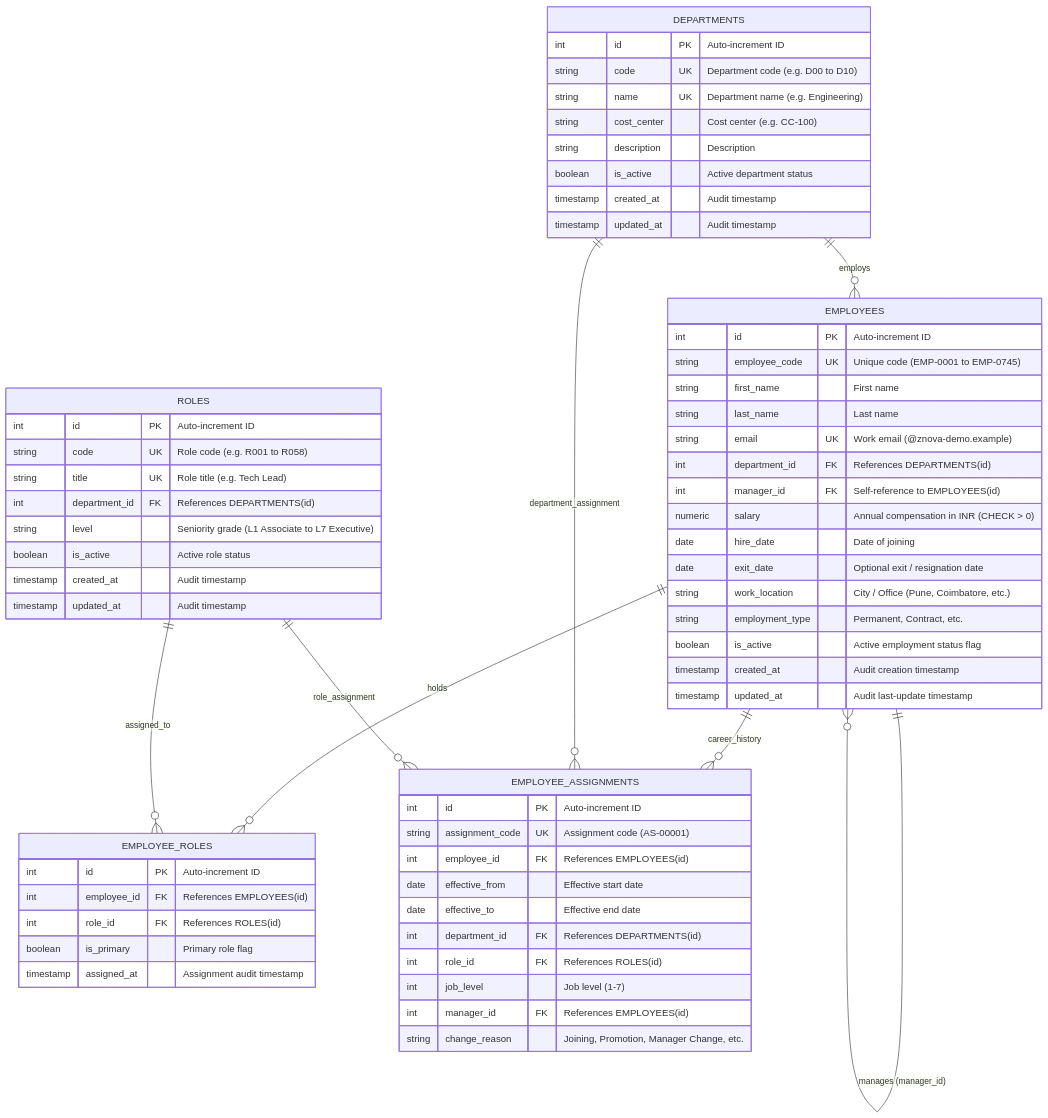
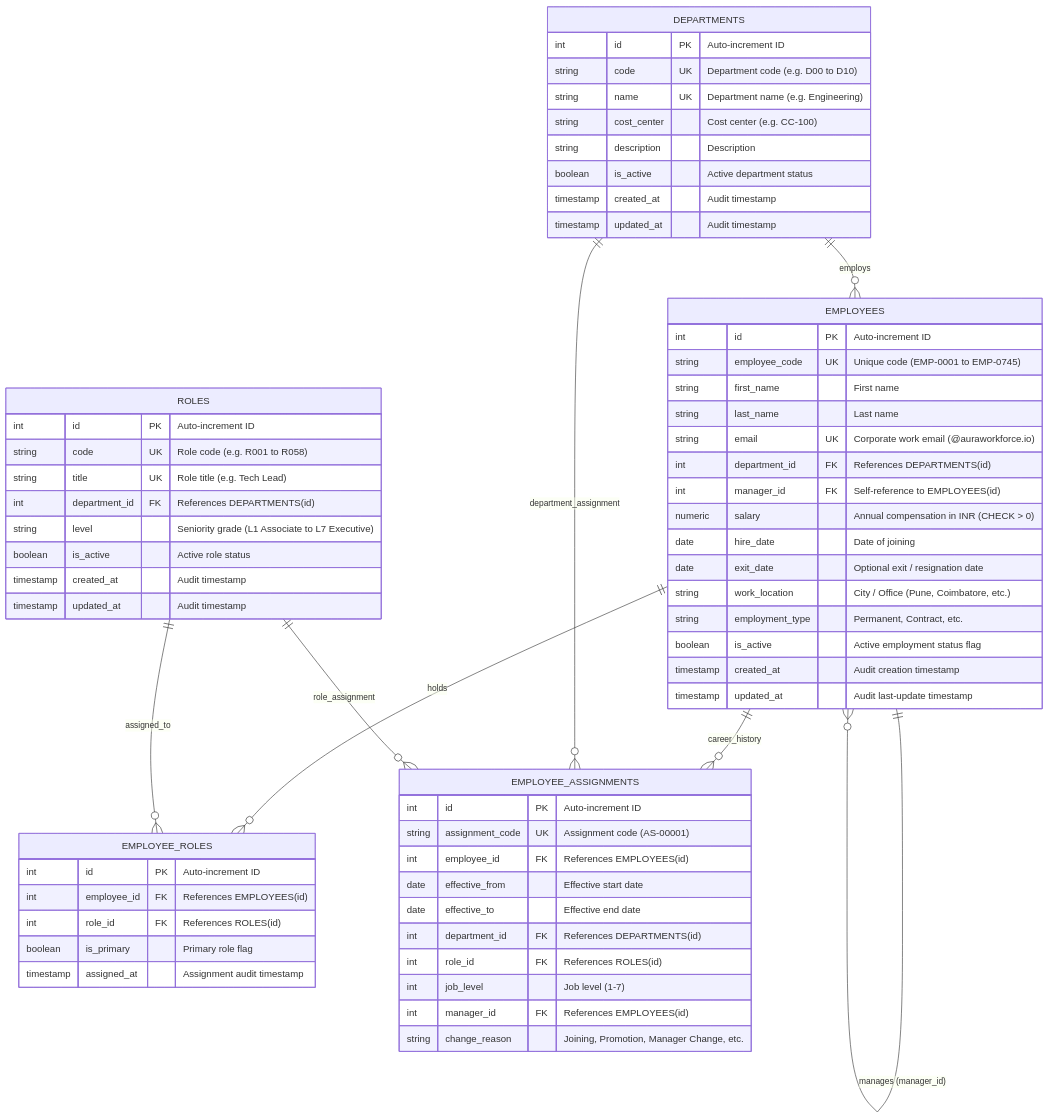
One commit to abhinav2231/employee-management-api- changed the diagram in docs/er_diagram.md. Above: the diagram before and after it, drawn with Mermaid. The commit also changed other lines of this file and 31 other files, not shown here.

````diff
--- a/docs/er_diagram.md
+++ b/docs/er_diagram.md
@@ -10,71 +10,71 @@
 ```mermaid
 erDiagram
     DEPARTMENTS ||--o{ EMPLOYEES : "employs"
     EMPLOYEES ||--o{ EMPLOYEES : "manages (manager_id)"
     EMPLOYEES ||--o{ EMPLOYEE_ROLES : "holds"
     ROLES ||--o{ EMPLOYEE_ROLES : "assigned_to"
     EMPLOYEES ||--o{ EMPLOYEE_ASSIGNMENTS : "career_history"
     DEPARTMENTS ||--o{ EMPLOYEE_ASSIGNMENTS : "department_assignment"
     ROLES ||--o{ EMPLOYEE_ASSIGNMENTS : "role_assignment"
 
     DEPARTMENTS {
         int id PK "Auto-increment ID"
         string code UK "Department code (e.g. D00 to D10)"
         string name UK "Department name (e.g. Engineering)"
         string cost_center "Cost center (e.g. CC-100)"
         string description "Description"
         boolean is_active "Active department status"
         timestamp created_at "Audit timestamp"
         timestamp updated_at "Audit timestamp"
     }
 
     ROLES {
         int id PK "Auto-increment ID"
         string code UK "Role code (e.g. R001 to R058)"
         string title UK "Role title (e.g. Tech Lead)"
         int department_id FK "References DEPARTMENTS(id)"
         string level "Seniority grade (L1 Associate to L7 Executive)"
         boolean is_active "Active role status"
         timestamp created_at "Audit timestamp"
         timestamp updated_at "Audit timestamp"
     }
 
     EMPLOYEES {
         int id PK "Auto-increment ID"
         string employee_code UK "Unique code (EMP-0001 to EMP-0745)"
         string first_name "First name"
         string last_name "Last name"
-        string email UK "Work email (@znova-demo.example)"
+        string email UK "Corporate work email (@auraworkforce.io)"
         int department_id FK "References DEPARTMENTS(id)"
         int manager_id FK "Self-reference to EMPLOYEES(id)"
         numeric salary "Annual compensation in INR (CHECK > 0)"
         date hire_date "Date of joining"
         date exit_date "Optional exit / resignation date"
         string work_location "City / Office (Pune, Coimbatore, etc.)"
         string employment_type "Permanent, Contract, etc."
         boolean is_active "Active employment status flag"
         timestamp created_at "Audit creation timestamp"
         timestamp updated_at "Audit last-update timestamp"
     }
 
     EMPLOYEE_ROLES {
         int id PK "Auto-increment ID"
         int employee_id FK "References EMPLOYEES(id)"
         int role_id FK "References ROLES(id)"
         boolean is_primary "Primary role flag"
         timestamp assigned_at "Assignment audit timestamp"
     }
 
     EMPLOYEE_ASSIGNMENTS {
         int id PK "Auto-increment ID"
         string assignment_code UK "Assignment code (AS-00001)"
         int employee_id FK "References EMPLOYEES(id)"
         date effective_from "Effective start date"
         date effective_to "Effective end date"
         int department_id FK "References DEPARTMENTS(id)"
         int role_id FK "References ROLES(id)"
         int job_level "Job level (1-7)"
         int manager_id FK "References EMPLOYEES(id)"
         string change_reason "Joining, Promotion, Manager Change, etc."
     }
 ```
````
